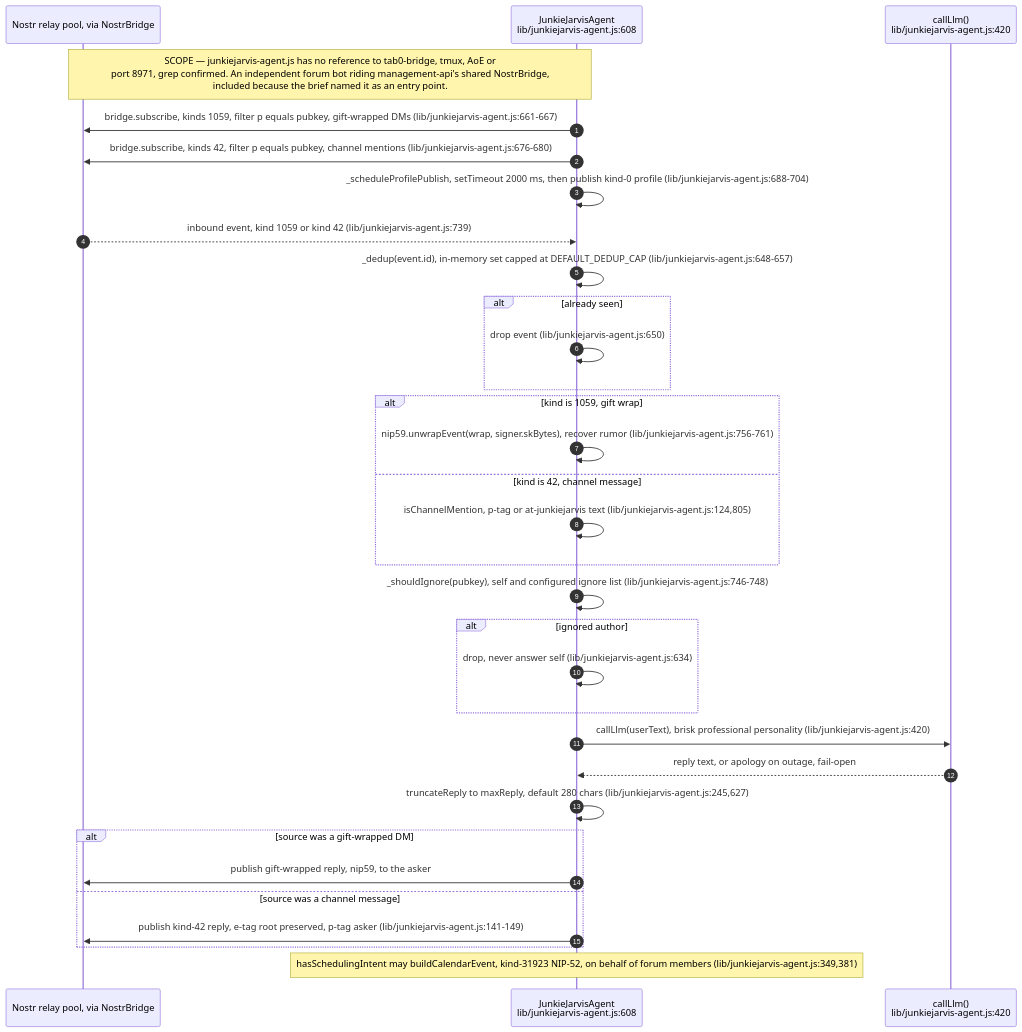
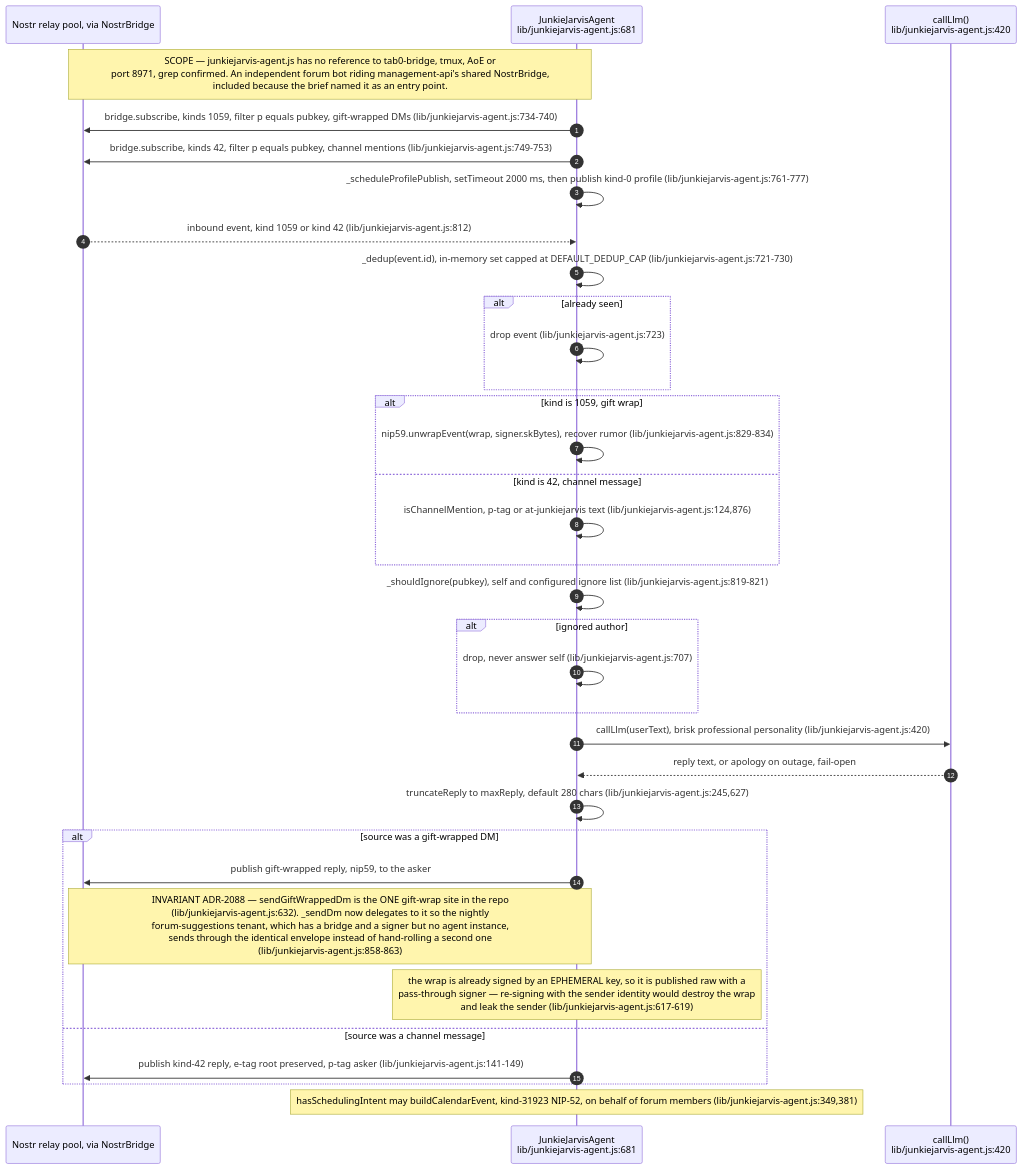
Diagram 11 of 14 in docs/diagrams/agentbox/12-tab0-bridge-and-interaction-plane.md (DreamLab-AI/VisionFlow), drawn with Mermaid before and after one commit. The commit also changed other lines of this file and 28 other files, not shown here.

````diff
--- a/docs/diagrams/agentbox/12-tab0-bridge-and-interaction-plane.md
+++ b/docs/diagrams/agentbox/12-tab0-bridge-and-interaction-plane.md
@@ -428,35 +430,37 @@
 ```mermaid
 sequenceDiagram
     autonumber
     participant R as Nostr relay pool, via NostrBridge
-    participant Ag as JunkieJarvisAgent<br/>lib/junkiejarvis-agent.js:608
+    participant Ag as JunkieJarvisAgent<br/>lib/junkiejarvis-agent.js:681
     participant Llm as callLlm()<br/>lib/junkiejarvis-agent.js:420
 
 Note over R,Ag: SCOPE — junkiejarvis-agent.js has no reference to tab0-bridge, tmux, AoE or<br/>port 8971, grep confirmed. An independent forum bot riding management-api's shared NostrBridge,<br/>included because the brief named it as an entry point.
-    Ag->>R: bridge.subscribe, kinds 1059, filter p equals pubkey, gift-wrapped DMs (lib/junkiejarvis-agent.js:661-667)
-    Ag->>R: bridge.subscribe, kinds 42, filter p equals pubkey, channel mentions (lib/junkiejarvis-agent.js:676-680)
-    Ag->>Ag: _scheduleProfilePublish, setTimeout 2000 ms, then publish kind-0 profile (lib/junkiejarvis-agent.js:688-704)
-    R-->>Ag: inbound event, kind 1059 or kind 42 (lib/junkiejarvis-agent.js:739)
-    Ag->>Ag: _dedup(event.id), in-memory set capped at DEFAULT_DEDUP_CAP (lib/junkiejarvis-agent.js:648-657)
+    Ag->>R: bridge.subscribe, kinds 1059, filter p equals pubkey, gift-wrapped DMs (lib/junkiejarvis-agent.js:734-740)
+    Ag->>R: bridge.subscribe, kinds 42, filter p equals pubkey, channel mentions (lib/junkiejarvis-agent.js:749-753)
+    Ag->>Ag: _scheduleProfilePublish, setTimeout 2000 ms, then publish kind-0 profile (lib/junkiejarvis-agent.js:761-777)
+    R-->>Ag: inbound event, kind 1059 or kind 42 (lib/junkiejarvis-agent.js:812)
+    Ag->>Ag: _dedup(event.id), in-memory set capped at DEFAULT_DEDUP_CAP (lib/junkiejarvis-agent.js:721-730)
     alt already seen
-        Ag->>Ag: drop event (lib/junkiejarvis-agent.js:650)
+        Ag->>Ag: drop event (lib/junkiejarvis-agent.js:723)
     end
     alt kind is 1059, gift wrap
-        Ag->>Ag: nip59.unwrapEvent(wrap, signer.skBytes), recover rumor (lib/junkiejarvis-agent.js:756-761)
+        Ag->>Ag: nip59.unwrapEvent(wrap, signer.skBytes), recover rumor (lib/junkiejarvis-agent.js:829-834)
     else kind is 42, channel message
-        Ag->>Ag: isChannelMention, p-tag or at-junkiejarvis text (lib/junkiejarvis-agent.js:124,805)
+        Ag->>Ag: isChannelMention, p-tag or at-junkiejarvis text (lib/junkiejarvis-agent.js:124,876)
     end
-    Ag->>Ag: _shouldIgnore(pubkey), self and configured ignore list (lib/junkiejarvis-agent.js:746-748)
+    Ag->>Ag: _shouldIgnore(pubkey), self and configured ignore list (lib/junkiejarvis-agent.js:819-821)
     alt ignored author
-        Ag->>Ag: drop, never answer self (lib/junkiejarvis-agent.js:634)
+        Ag->>Ag: drop, never answer self (lib/junkiejarvis-agent.js:707)
     end
     Ag->>Llm: callLlm(userText), brisk professional personality (lib/junkiejarvis-agent.js:420)
     Llm-->>Ag: reply text, or apology on outage, fail-open
     Ag->>Ag: truncateReply to maxReply, default 280 chars (lib/junkiejarvis-agent.js:245,627)
     alt source was a gift-wrapped DM
         Ag->>R: publish gift-wrapped reply, nip59, to the asker
+        Note over Ag,R: INVARIANT ADR-2088 — sendGiftWrappedDm is the ONE gift-wrap site in the repo<br/>(lib/junkiejarvis-agent.js:632). _sendDm now delegates to it so the nightly<br/>forum-suggestions tenant, which has a bridge and a signer but no agent instance,<br/>sends through the identical envelope instead of hand-rolling a second one<br/>(lib/junkiejarvis-agent.js:858-863)
+        Note over Ag: the wrap is already signed by an EPHEMERAL key, so it is published raw with a<br/>pass-through signer — re-signing with the sender identity would destroy the wrap<br/>and leak the sender (lib/junkiejarvis-agent.js:617-619)
     else source was a channel message
         Ag->>R: publish kind-42 reply, e-tag root preserved, p-tag asker (lib/junkiejarvis-agent.js:141-149)
     end
     Note over Ag: hasSchedulingIntent may buildCalendarEvent, kind-31923 NIP-52, on behalf of forum members (lib/junkiejarvis-agent.js:349,381)
 ```
````
